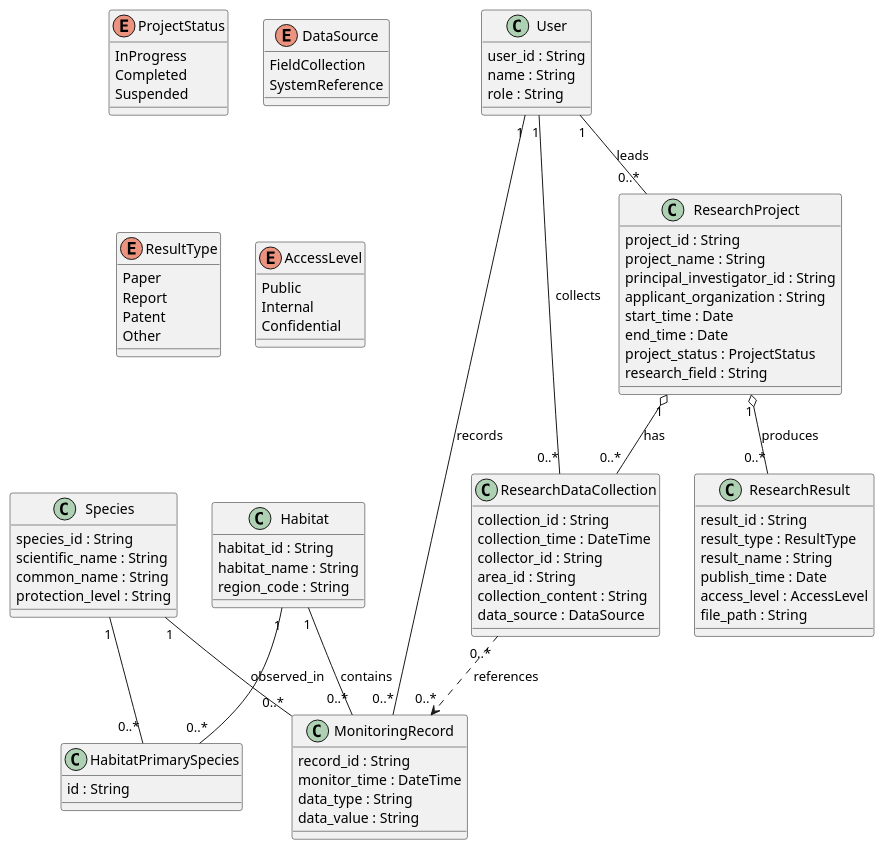
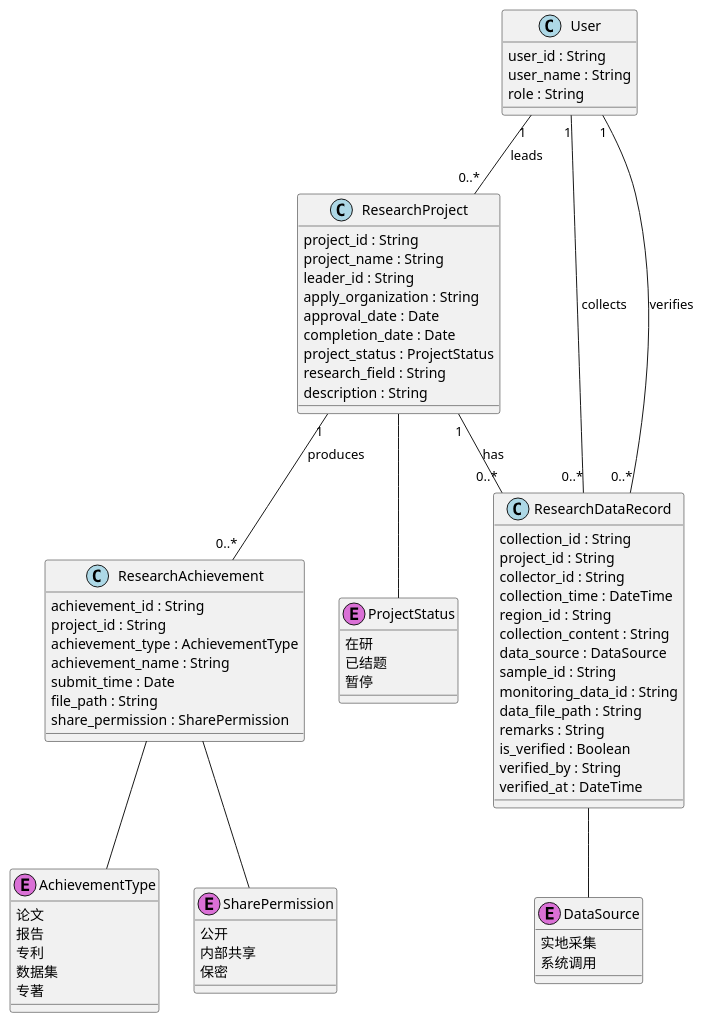
The diagram in docs/UML/research/research_uml_class_diagram.puml (ziawerquart/national-park-management-system), drawn with PlantUML before and after one commit.

Commit message:
modified research_uml_class_diagram.puml for stage1

```diff
--- a/docs/UML/research/research_uml_class_diagram.puml
+++ b/docs/UML/research/research_uml_class_diagram.puml
@@ -1,121 +1,91 @@
-@startuml
-skinparam classAttributeIconSize 0
+@startuml research_system_final
 
-' =========================
-' Core Domain Classes (from group UML)
-' =========================
-
-class Species {
-  species_id : String
-  scientific_name : String
-  common_name : String
-  protection_level : String
+' 枚举类型定义
+enum ProjectStatus <<(E,orchid)>> {
+  在研
+  已结题
+  暂停
 }
 
-class Habitat {
-  habitat_id : String
-  habitat_name : String
-  region_code : String
+enum DataSource <<(E,orchid)>> {
+  实地采集
+  系统调用
 }
 
-class MonitoringRecord {
-  record_id : String
-  monitor_time : DateTime
-  data_type : String
-  data_value : String
+enum AchievementType <<(E,orchid)>> {
+  论文
+  报告
+  专利
+  数据集
+  专著
 }
 
-class User {
+enum SharePermission <<(E,orchid)>> {
+  公开
+  内部共享
+  保密
+}
+
+' 用户类
+class User <<(C,lightblue)>> {
   user_id : String
-  name : String
+  user_name : String
   role : String
 }
 
-class HabitatPrimarySpecies {
-  id : String
+' 研究项目类
+class ResearchProject <<(C,lightblue)>> {
+  project_id : String
+  project_name : String
+  leader_id : String
+  apply_organization : String
+  approval_date : Date
+  completion_date : Date
+  project_status : ProjectStatus
+  research_field : String
+  description : String
 }
 
-' =========================
-' Research Business Classes
-' =========================
-
-class ResearchProject {
+' 研究数据采集类
+class ResearchDataRecord <<(C,lightblue)>> {
+  collection_id : String
   project_id : String
-  project_name : String
-  principal_investigator_id : String
-  applicant_organization : String
-  start_time : Date
-  end_time : Date
-  project_status : ProjectStatus
-  research_field : String
+  collector_id : String
+  collection_time : DateTime
+  region_id : String
+  collection_content : String
+  data_source : DataSource
+  sample_id : String
+  monitoring_data_id : String
+  data_file_path : String
+  remarks : String
+  is_verified : Boolean
+  verified_by : String
+  verified_at : DateTime
 }
 
-class ResearchDataCollection {
-  collection_id : String
-  collection_time : DateTime
-  collector_id : String
-  area_id : String
-  collection_content : String
-  data_source : DataSource
+' 研究成果类
+class ResearchAchievement <<(C,lightblue)>> {
+  achievement_id : String
+  project_id : String
+  achievement_type : AchievementType
+  achievement_name : String
+  submit_time : Date
+  file_path : String
+  share_permission : SharePermission
 }
 
-class ResearchResult {
-  result_id : String
-  result_type : ResultType
-  result_name : String
-  publish_time : Date
-  access_level : AccessLevel
-  file_path : String
-}
+' 关系定义
+User "1" -- "0..*" ResearchProject : leads
+User "1" -- "0..*" ResearchDataRecord : collects
+User "1" -- "0..*" ResearchDataRecord : verifies
+ResearchProject "1" -- "0..*" ResearchDataRecord : has
+ResearchProject "1" -- "0..*" ResearchAchievement : produces
 
-' =========================
-' Enumerations
-' =========================
-
-enum ProjectStatus {
-  InProgress
-  Completed
-  Suspended
-}
-
-enum DataSource {
-  FieldCollection
-  SystemReference
-}
-
-enum ResultType {
-  Paper
-  Report
-  Patent
-  Other
-}
-
-enum AccessLevel {
-  Public
-  Internal
-  Confidential
-}
-
-' =========================
-' Associations
-' =========================
-
-' --- Ecology Core Relations ---
-Habitat "1" -- "0..*" MonitoringRecord : contains
-Species "1" -- "0..*" MonitoringRecord : observed_in
-Habitat "1" -- "0..*" HabitatPrimarySpecies
-Species "1" -- "0..*" HabitatPrimarySpecies
-
-User "1" -- "0..*" MonitoringRecord : records
-
-' --- Research Business Relations ---
-ResearchProject "1" o-- "0..*" ResearchDataCollection : has
-ResearchProject "1" o-- "0..*" ResearchResult : produces
-
-User "1" -- "0..*" ResearchProject : leads
-User "1" -- "0..*" ResearchDataCollection : collects
-
-' --- Data Reuse Relation ---
-ResearchDataCollection "0..*" ..> "0..*" MonitoringRecord : references
+' 枚举关系
+ResearchProject -- ProjectStatus
+ResearchDataRecord -- DataSource
+ResearchAchievement -- AchievementType
+ResearchAchievement -- SharePermission
 
 @enduml
```
